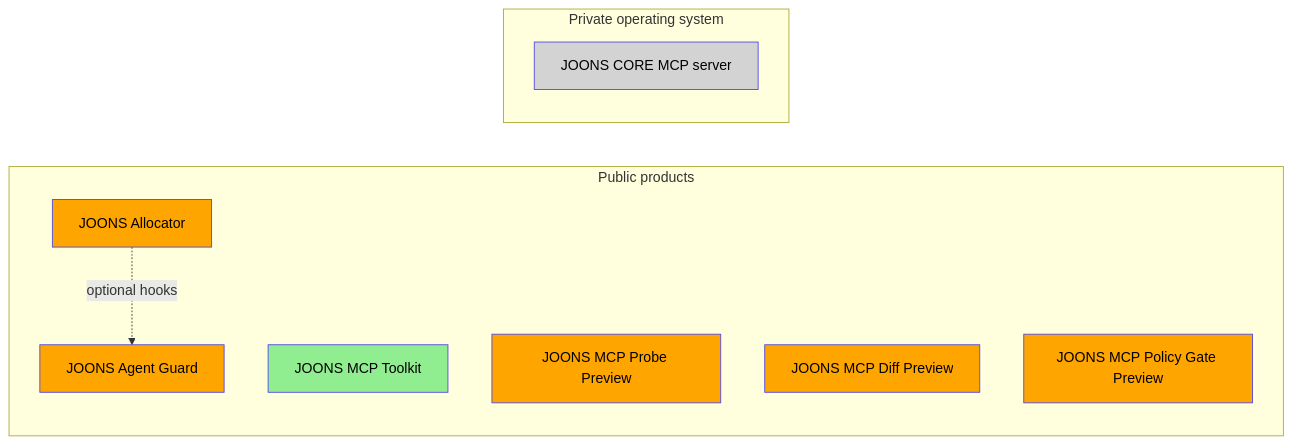
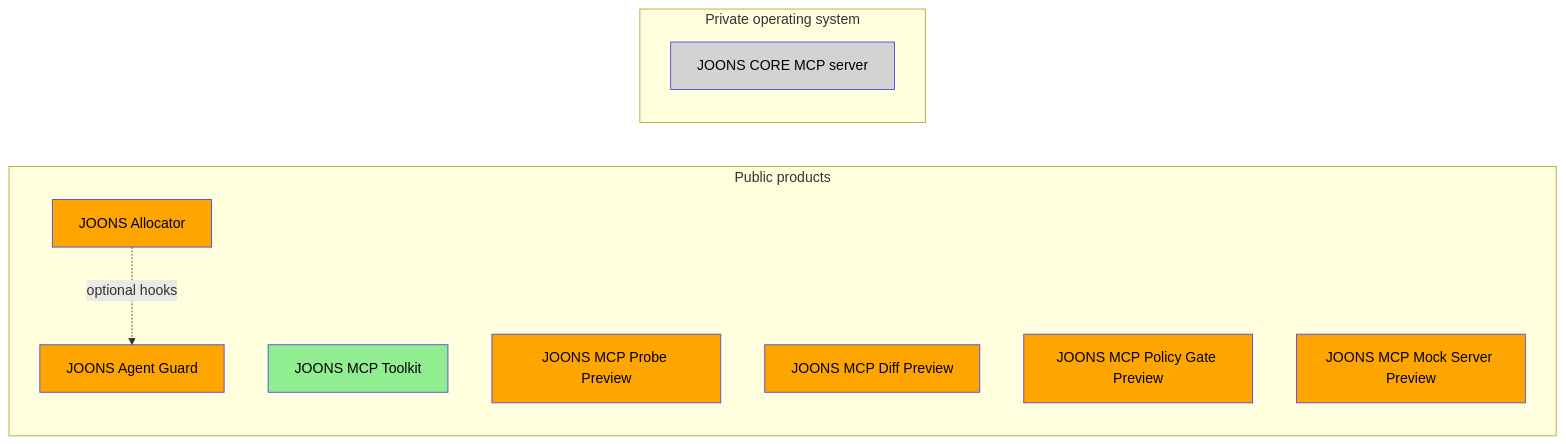
Before and after one commit to dbdefault/joons-ecosystem: the second of 3 diagrams in docs/ARCHITECTURE.md, drawn with Mermaid. The commit also changed other lines of this file and 6 other files, not shown here.

Commit message:
Docs: add JOONS MCP Mock Server v0.1.0 Preview

````diff
--- a/docs/ARCHITECTURE.md
+++ b/docs/ARCHITECTURE.md
@@ -43,23 +45,24 @@
 ```mermaid
 flowchart LR
     subgraph Public["Public products"]
         Guard["JOONS Agent Guard"]
         Allocator["JOONS Allocator"]
         Toolkit["JOONS MCP Toolkit"]
         Probe["JOONS MCP Probe Preview"]
         Diff["JOONS MCP Diff Preview"]
         PolicyGate["JOONS MCP Policy Gate Preview"]
+        MockServer["JOONS MCP Mock Server Preview"]
         Allocator -. "optional hooks" .-> Guard
     end
     subgraph Private["Private operating system"]
         CORE["JOONS CORE MCP server"]
     end
     classDef public fill:#90ee90,stroke:#4F46E5,color:#000
     classDef preview fill:#ffa500,stroke:#4F46E5,color:#000
     classDef planned fill:#add8e6,stroke:#4F46E5,color:#000
     classDef private fill:#d3d3d3,stroke:#4F46E5,color:#000
     class Toolkit public
     class Guard,Allocator preview
-    class Probe,Diff,PolicyGate preview
+    class Probe,Diff,PolicyGate,MockServer preview
     class CORE private
 ```
````
